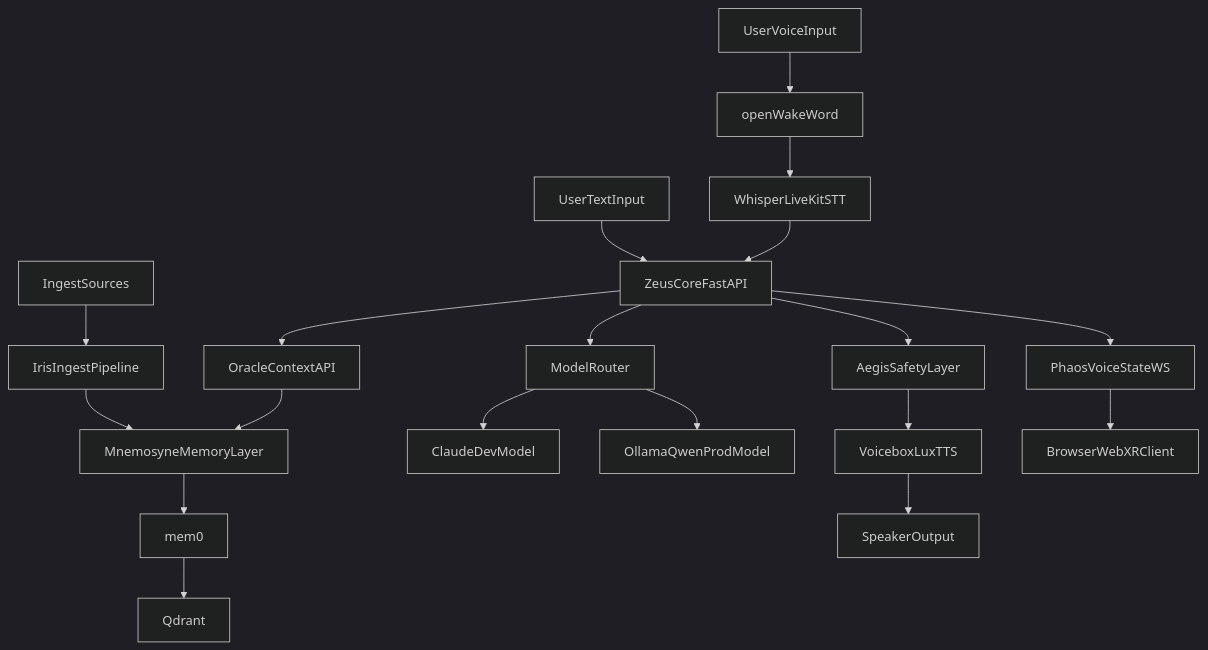
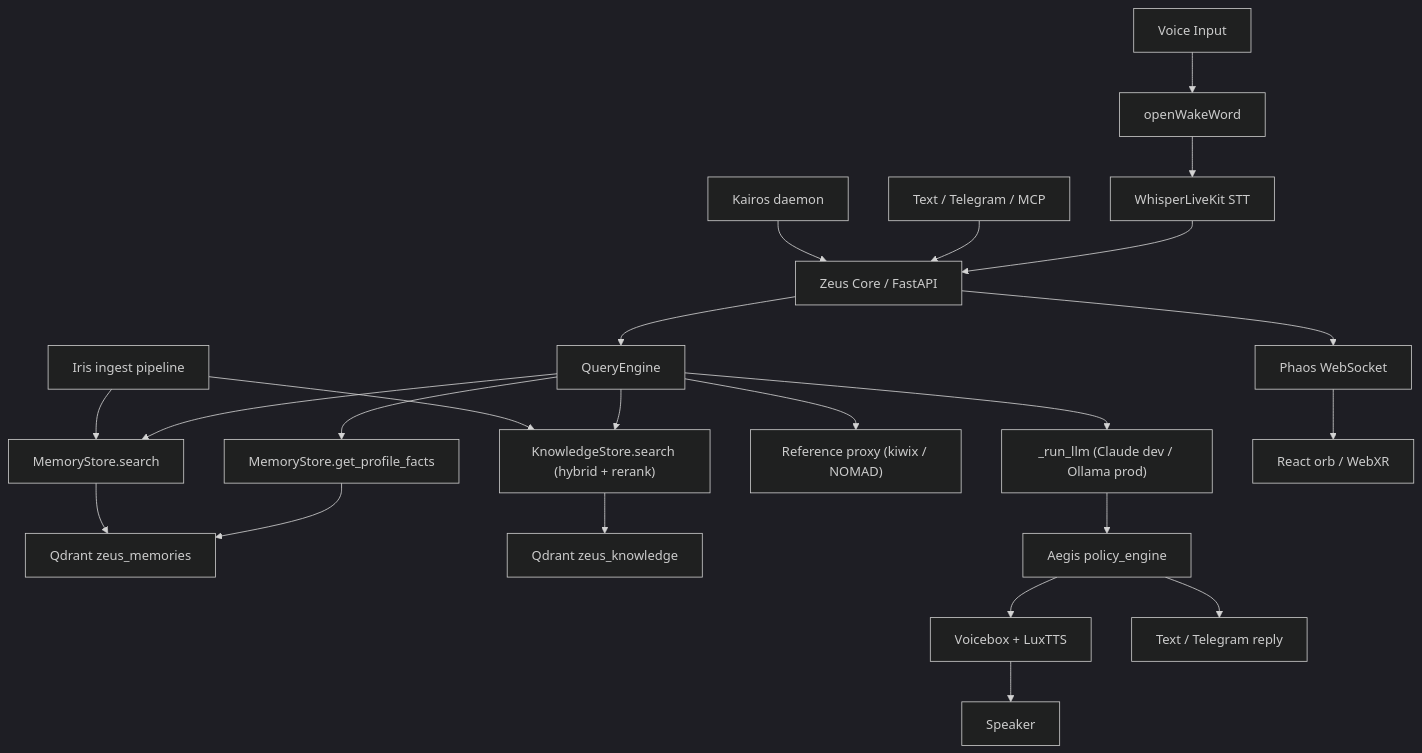
The first of 3 diagrams in zeus/docs/architecture.md (Lawrence908/zeus), drawn with Mermaid (dark theme) before and after one commit. The commit also changed other lines of this file and 22 other files, not shown here.

````diff
--- a/zeus/docs/architecture.md
+++ b/zeus/docs/architecture.md
@@ -7,26 +7,29 @@
 ```mermaid
 flowchart TD
-  userVoice["UserVoiceInput"] --> wakeWord["openWakeWord"]
-  wakeWord --> stt["WhisperLiveKitSTT"]
-  stt --> coreApi["ZeusCoreFastAPI"]
-  userText["UserTextInput"] --> coreApi
+  userVoice["Voice Input"] --> wakeWord["openWakeWord"]
+  wakeWord --> stt["WhisperLiveKit STT"]
+  stt --> coreApi["Zeus Core / FastAPI"]
+  userText["Text / Telegram / MCP"] --> coreApi
 
-  coreApi --> oracleApi["OracleContextAPI"]
-  oracleApi --> memoryLayer["MnemosyneMemoryLayer"]
-  memoryLayer --> mem0["mem0"]
-  mem0 --> qdrant["Qdrant"]
+  coreApi --> queryEngine["QueryEngine"]
+  queryEngine --> profile["MemoryStore.get_profile_facts"]
+  queryEngine --> memory["MemoryStore.search"]
+  queryEngine --> knowledge["KnowledgeStore.search (hybrid + rerank)"]
+  queryEngine --> reference["Reference proxy (kiwix / NOMAD)"]
+  profile --> qdrantM["Qdrant zeus_memories"]
+  memory --> qdrantM
+  knowledge --> qdrantK["Qdrant zeus_knowledge"]
 
-  coreApi --> llmRouter["ModelRouter"]
-  llmRouter --> devModel["ClaudeDevModel"]
-  llmRouter --> prodModel["OllamaQwenProdModel"]
+  queryEngine --> chatLLM["_run_llm (Claude dev / Ollama prod)"]
+  chatLLM --> aegis["Aegis policy_engine"]
+  aegis --> tts["Voicebox + LuxTTS"]
+  tts --> speaker["Speaker"]
+  aegis --> chatResponse["Text / Telegram reply"]
 
-  coreApi --> safetyLayer["AegisSafetyLayer"]
-  safetyLayer --> tts["VoiceboxLuxTTS"]
-  tts --> speaker["SpeakerOutput"]
+  coreApi --> phaosWs["Phaos WebSocket"]
+  phaosWs --> orb["React orb / WebXR"]
 
-  coreApi --> phaosWs["PhaosVoiceStateWS"]
-  phaosWs --> browserViz["BrowserWebXRClient"]
-
-  ingestSources["IngestSources"] --> iris["IrisIngestPipeline"]
-  iris --> memoryLayer
+  ingest["Iris ingest pipeline"] --> memory
+  ingest --> knowledge
+  kairos["Kairos daemon"] --> coreApi
 ```
````
